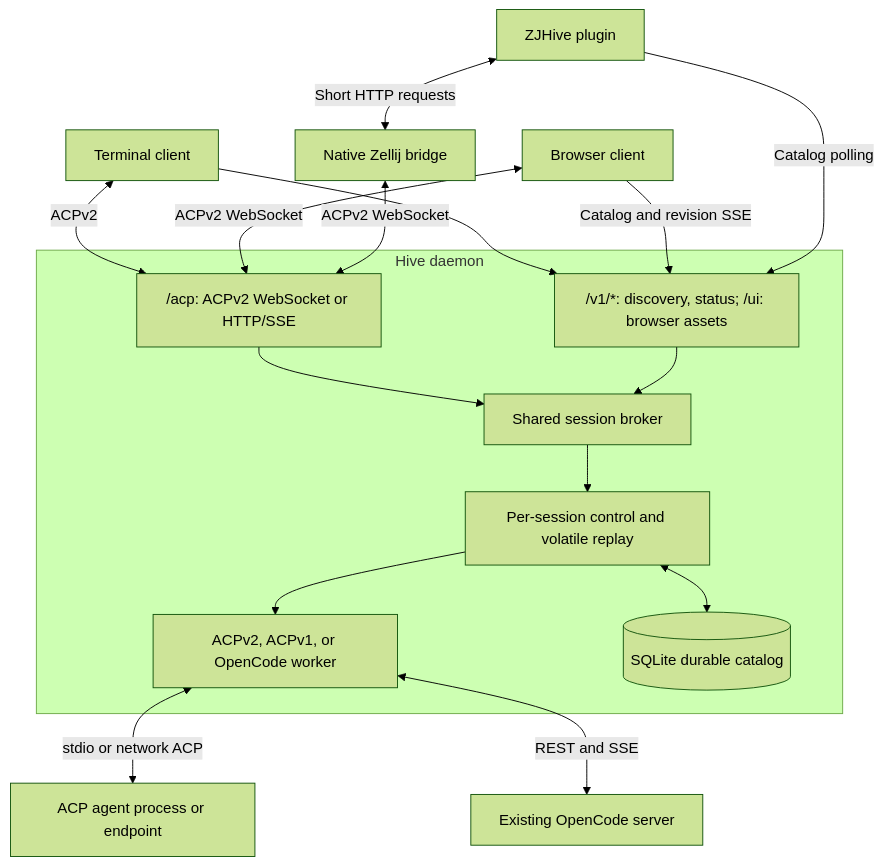
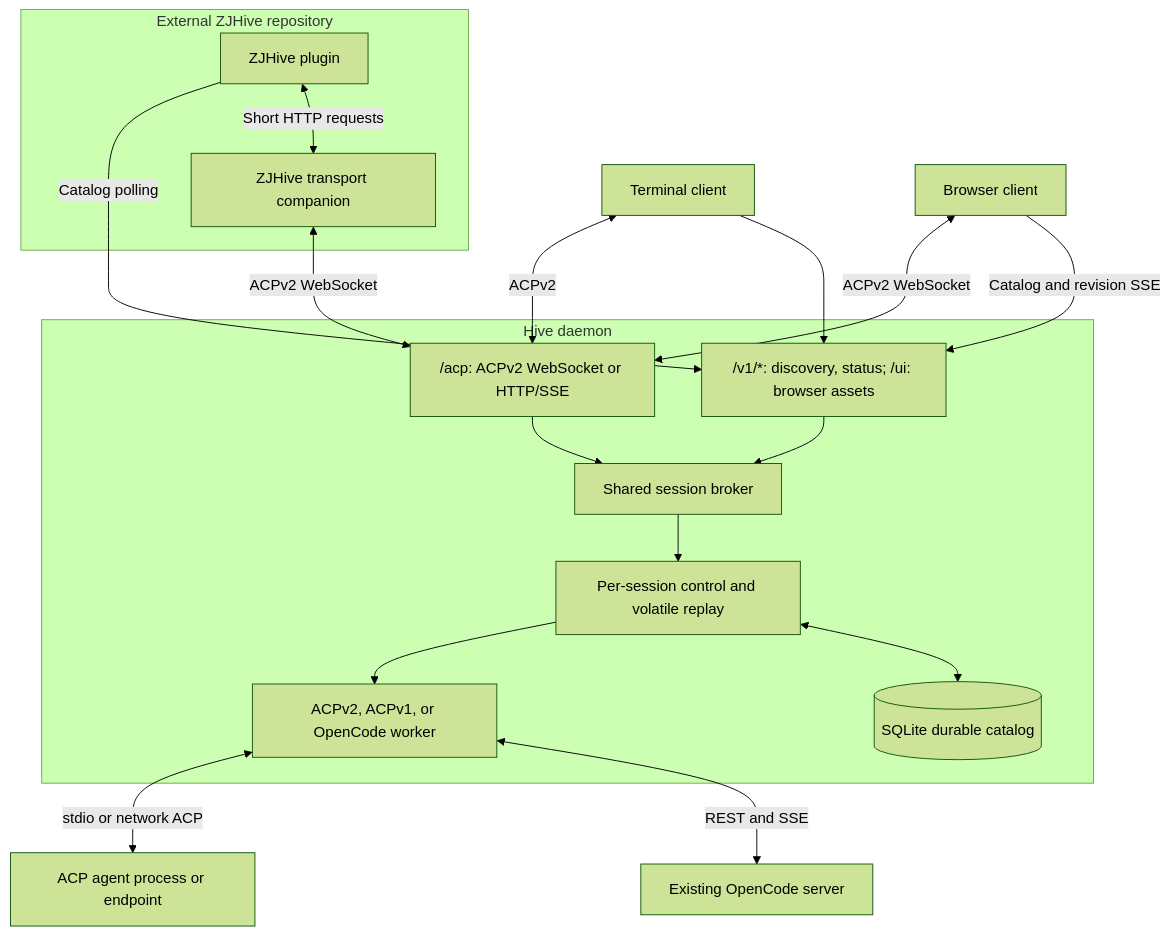
Before and after one commit to noirbizarre/hive: the first of 2 diagrams in docs/architecture.md, drawn with Mermaid (forest theme). The commit also changed other lines of this file and 24 other files, not shown here.

First line of the commit message:
refactor(zellij)!: extract ZJHive into its own repository

````diff
--- a/docs/architecture.md
+++ b/docs/architecture.md
@@ -9,34 +9,36 @@
 ```mermaid
 flowchart TB
     TUI[Terminal client]
     WEB[Browser client]
-    ZJ[ZJHive plugin]
-    BR[Native Zellij bridge]
+    subgraph External ZJHive repository
+        ZJ[ZJHive plugin]
+        BR[ZJHive transport companion]
+    end
 
     subgraph Hive daemon
         ACP["/acp: ACPv2 WebSocket or HTTP/SSE"]
         HTTP["/v1/*: discovery, status; /ui: browser assets"]
         BROKER[Shared session broker]
         CONTROL[Per-session control and volatile replay]
         WORKERS[ACPv2, ACPv1, or OpenCode worker]
         DB[(SQLite durable catalog)]
     end
 
     AGENT[ACP agent process or endpoint]
     OC[Existing OpenCode server]
 
     TUI <-->|ACPv2| ACP
     WEB <-->|ACPv2 WebSocket| ACP
     TUI --> HTTP
     WEB -->|Catalog and revision SSE| HTTP
     ZJ -->|Catalog polling| HTTP
     ZJ <-->|Short HTTP requests| BR
     BR <-->|ACPv2 WebSocket| ACP
     ACP --> BROKER
     HTTP --> BROKER
     BROKER --> CONTROL
     CONTROL --> WORKERS
     CONTROL <--> DB
     WORKERS <-->|stdio or network ACP| AGENT
     WORKERS <-->|REST and SSE| OC
 ```
````
